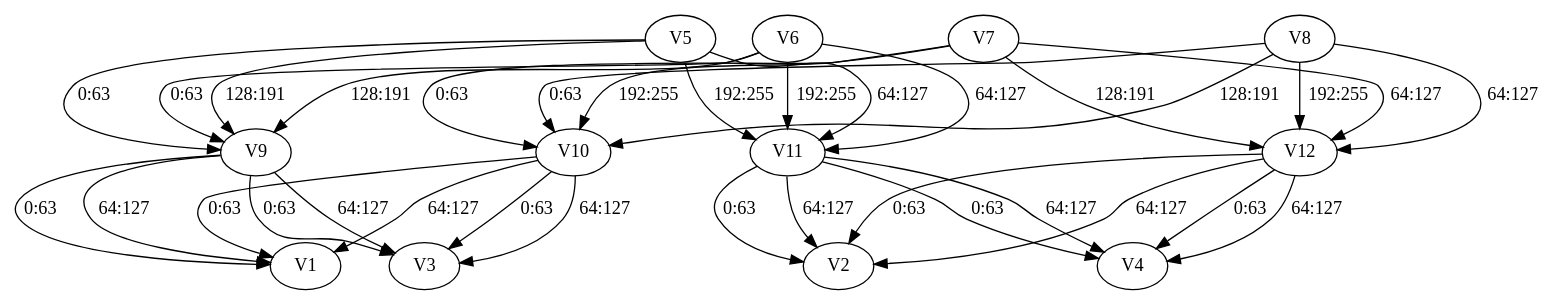
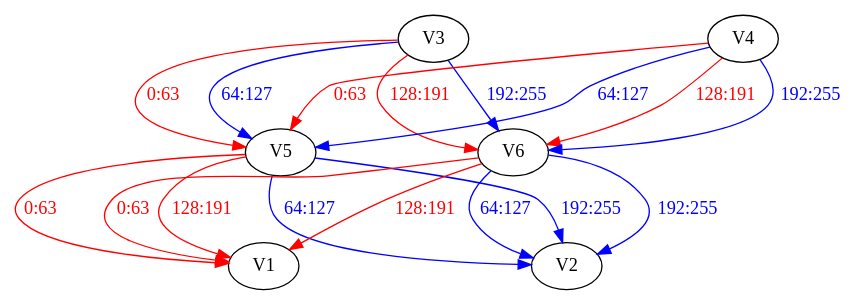
Before and after one commit to wangdi4/llvm: the fourth of 4 diagrams in llvm/docs/Intel/Analysis/Intel_OptVLS.rst, drawn with Graphviz. The commit also changed other lines of this file and 3 other files, not shown here.

Commit message:
[[scsel-bdw-04-17535]] Simplified the initial graph and supported an iterative optimizer Old/split llvm commit ID: 2f0467a5a4c1675f181e64a4d4729e3f145cd363

```diff
--- a/llvm/docs/Intel/Analysis/Intel_OptVLS.rst
+++ b/llvm/docs/Intel/Analysis/Intel_OptVLS.rst
@@ -741,71 +1022,38 @@
 .. graphviz::
 
    digraph Initial_Graph {
 
       graph[ordering=in];
 
-      V5 -> V9[label="0:63",weight="0:63"];
+      V3 -> V5[fontcolor=red, color=red, label="0:63",weight="0:63"];
 
-      V6 -> V9[label="0:63",weight="0:63"];
+      V3 -> V5[fontcolor=blue, color=blue, label="64:127",weight="64:127"];
 
-      V7 -> V10[label="0:63",weight="0:63"];
+      V4 -> V5[fontcolor=red, color=red, label="0:63",weight="0:63"];
 
-      V8 -> V10[label="0:63",weight="0:63"];
+      V4 -> V5[fontcolor=blue, color=blue, label="64:127",weight="64:127"];
 
-      V5 -> V9[label="128:191",weight="128:191"];
+      V3 -> V6[fontcolor=red, color=red, label="128:191",weight="128:191"];
 
-      V6 -> V9[label="128:191",weight="128:191"];
+      V3 -> V6[fontcolor=blue, color=blue, label="192:255",weight="192:255"];
 
-      V7 -> V10[label="192:255",weight="192:255"];
+      V4 -> V6[fontcolor=red, color=red, label="128:191",weight="128:191"];
 
-      V8 -> V10[label="128:191",weight="128:191"];
+      V4 -> V6[fontcolor=blue, color=blue, label="192:255",weight="192:255"];
 
-      V5 -> V11[label="192:255",weight="192:255"];
+      V5 -> V1[fontcolor=red, color=red, label="0:63",weight="0:63"];
 
-      V6 -> V11[label="192:255",weight="192:255"];
+      V6 -> V1[fontcolor=red, color=red, label="0:63",weight="0:63"];
 
-      V7 -> V12[label="128:191",weight="128:191"];
+      V5 -> V1[fontcolor=red, color=red, label="128:191",weight="128:191"];
 
-      V8 -> V12[label="192:255",weight="192:255"];
+      V6 -> V1[fontcolor=red, color=red, label="128:191",weight="128:191"];
 
-      V5 -> V11[label="64:127",weight="64:127"];
+      V5 -> V2[fontcolor=blue, color=blue, label="64:127",weight="64:127"];
 
-      V6 -> V11[label="64:127",weight="64:127"];
+      V6 -> V2[fontcolor=blue, color=blue, label="64:127",weight="64:127"];
 
-      V7 -> V12[label="64:127",weight="64:127"];
+      V5 -> V2[fontcolor=blue, color=blue, label="192:255",weight="192:255"];
 
-      V8 -> V12[label="64:127",weight="64:127"];
-
-      V9 -> V1[label="0:63",weight="0:63"];
-
-      V9 -> V1[label="64:127",weight="64:127"];
-
-      V10 -> V1[label="0:63",weight="0:63"];
-
-      V10 -> V1[label="64:127",weight="64:127"];
-
-      V11 -> V2[label="0:63",weight="0:63"];
-
-      V11 -> V2[label="64:127",weight="64:127"];
-
-      V12 -> V2[label="0:63",weight="0:63"];
-
-      V12 -> V2[label="64:127",weight="64:127"];
-
-      V9 -> V3[label="0:63",weight="0:63"];
-
-      V9 -> V3[label="64:127",weight="64:127"];
-
-      V10 -> V3[label="0:63",weight="0:63"];
-
-      V10 -> V3[label="64:127",weight="64:127"];
-
-      V11 -> V4[label="0:63",weight="0:63"];
-
-      V11 -> V4[label="64:127",weight="64:127"];
-
-      V12 -> V4[label="0:63",weight="0:63"];
-
-      V12 -> V4[label="64:127",weight="64:127"];
-
+      V6 -> V2[fontcolor=blue, color=blue, label="192:255",weight="192:255"];
    }
```
